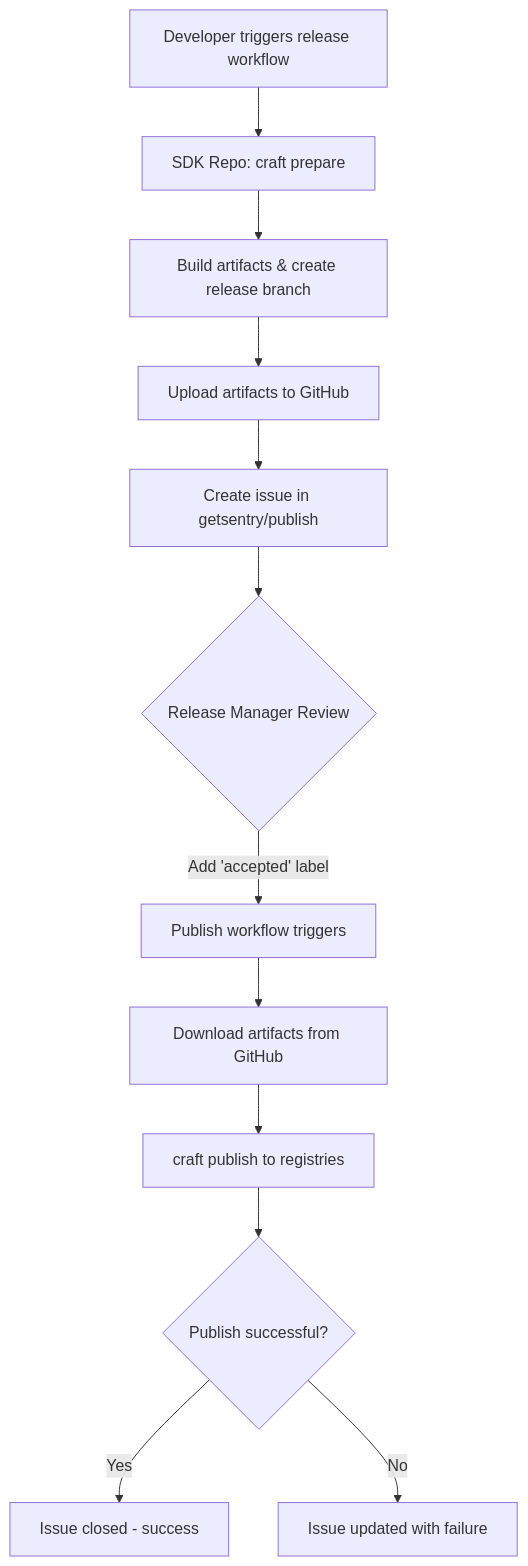
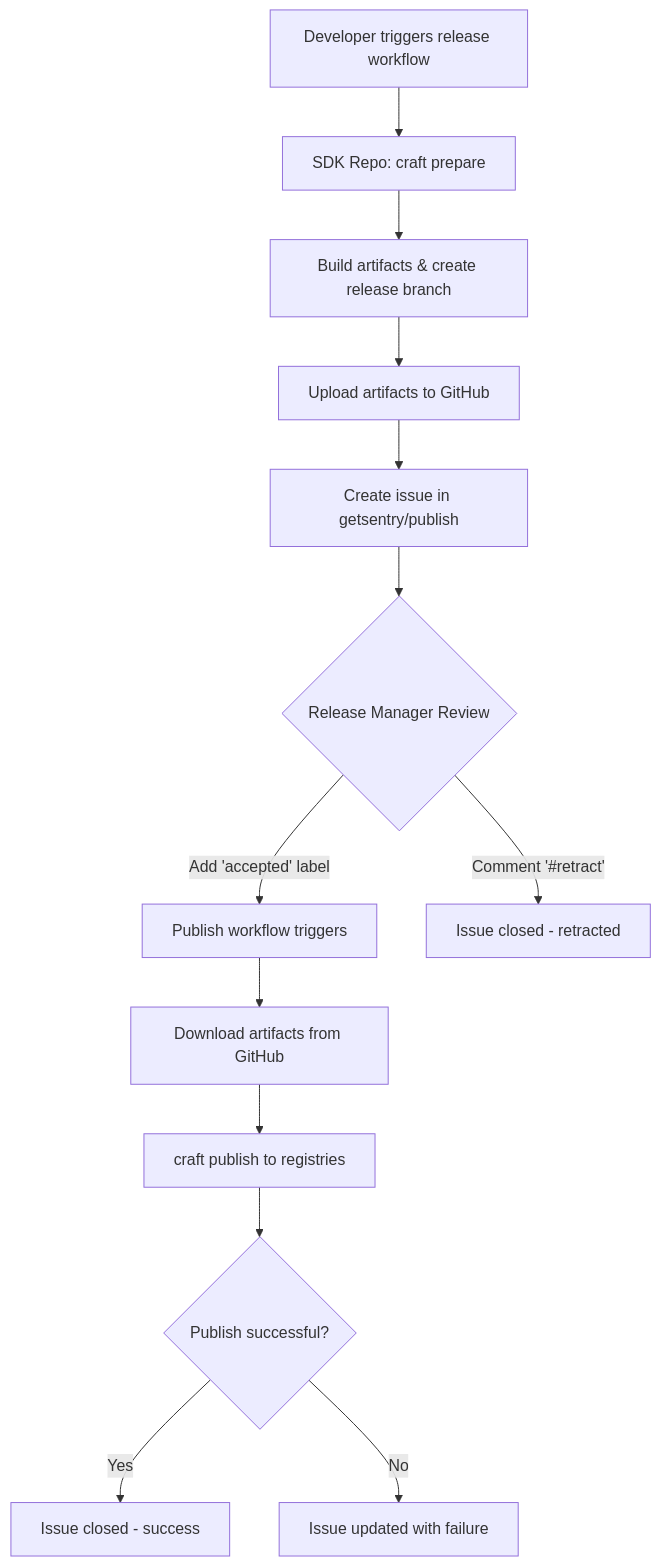
The diagram in README.md (getsentry/publish), drawn with Mermaid before and after one commit. The commit also changed other lines of this file and 5 other files, not shown here.

````diff
--- a/README.md
+++ b/README.md
@@ -11,14 +11,15 @@
 ```mermaid
 flowchart TD
     A[Developer triggers release workflow] --> B["SDK Repo: craft prepare"]
     B --> C[Build artifacts & create release branch]
     C --> D[Upload artifacts to GitHub]
     D --> E["Create issue in getsentry/publish"]
     E --> F{Release Manager Review}
     F -->|"Add 'accepted' label"| G[Publish workflow triggers]
+    F -->|"Comment '#retract'"| H[Issue closed - retracted]
     G --> I[Download artifacts from GitHub]
     I --> J["craft publish to registries"]
     J --> K{Publish successful?}
     K -->|Yes| L[Issue closed - success]
     K -->|No| M[Issue updated with failure]
 ```
````
